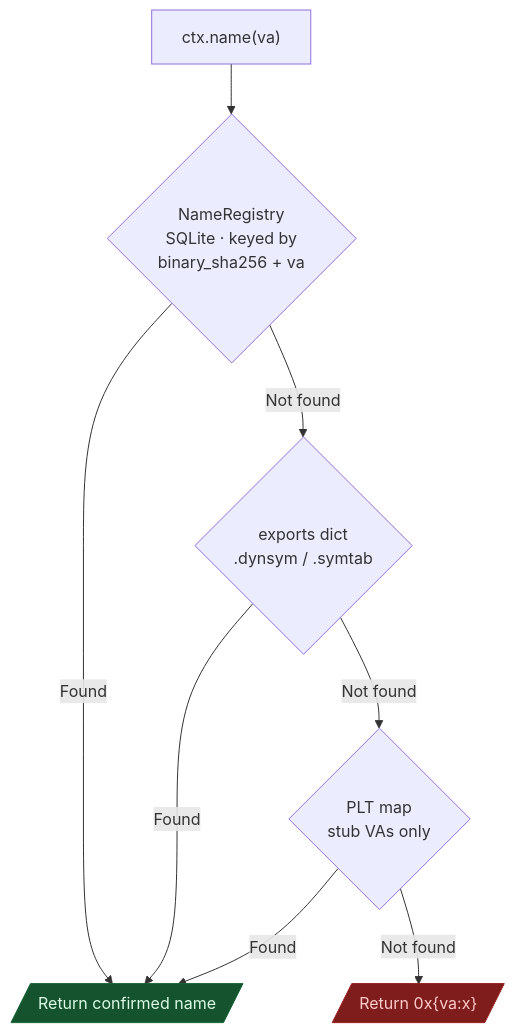
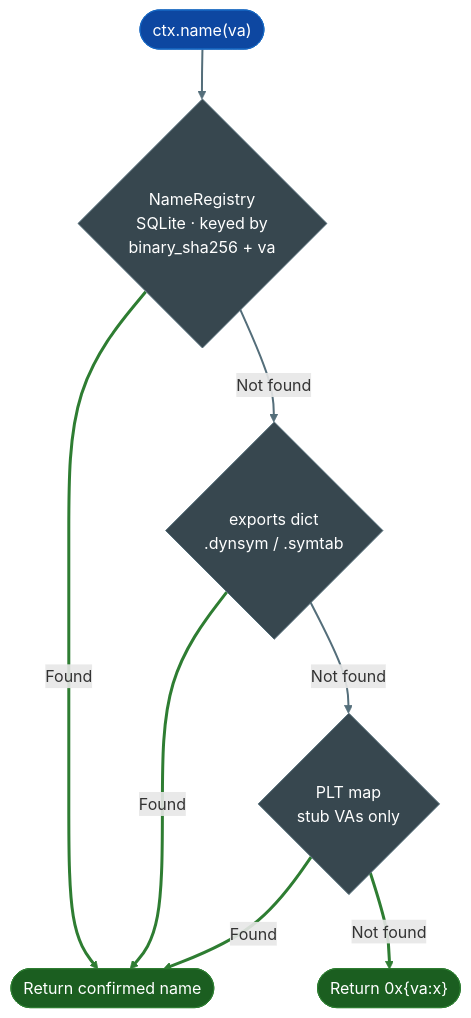
The fourth of 5 diagrams in docs/reference-modules/on-demand-analysis.md (Ablation-Tool/ablation), drawn with Mermaid before and after one commit. The commit also changed other lines of this file and 320 other files, not shown here.

First line of the commit message:
docs: apply canonical Mermaid template to all 321 diagrams

````diff
--- a/docs/reference-modules/on-demand-analysis.md
+++ b/docs/reference-modules/on-demand-analysis.md
@@ -249,13 +284,23 @@
 ```mermaid
 flowchart TD
-    A["ctx.name(va)"] --> B{"NameRegistry\nSQLite · keyed by\nbinary_sha256 + va"}
-    B -->|Found| Z[/"Return confirmed name"/]
-    B -->|"Not found"| C{"exports dict\n.dynsym / .symtab"}
-    C -->|Found| Z
-    C -->|"Not found"| D{"PLT map\nstub VAs only"}
-    D -->|Found| Z
-    D -->|"Not found"| E[/"Return 0x{va:x}"/]
-
-    style Z fill:#14532d,stroke:#166534,color:#dcfce7
-    style E fill:#7f1d1d,stroke:#991b1b,color:#fecaca
+    A(["ctx.name(va)"]):::input --> B{"NameRegistry\nSQLite · keyed by\nbinary_sha256 + va"}:::neutral
+    B:::neutral -->|Found| Z(["Return confirmed name"]):::output
+    B:::neutral -->|"Not found"| C{"exports dict\n.dynsym / .symtab"}:::neutral
+    C:::neutral -->|Found| Z:::output
+    C:::neutral -->|"Not found"| D{"PLT map\nstub VAs only"}:::neutral
+    D:::neutral -->|Found| Z:::output
+    D:::neutral -->|"Not found"| E(["Return 0x{va:x}"]):::output
+    classDef input     fill:#0d47a1,stroke:#1565c0,color:#fff
+    classDef primary   fill:#e65100,stroke:#bf360c,color:#fff
+    classDef secondary fill:#004d40,stroke:#00695c,color:#fff
+    classDef tertiary  fill:#4a148c,stroke:#6a1b9a,color:#fff
+    classDef neutral   fill:#37474f,stroke:#546e7a,color:#fff
+    classDef output    fill:#1b5e20,stroke:#2e7d32,color:#fff
+    linkStyle 0 stroke:#546e7a,stroke-width:2px
+    linkStyle 1 stroke:#2e7d32,stroke-width:3px
+    linkStyle 2 stroke:#546e7a,stroke-width:2px
+    linkStyle 3 stroke:#2e7d32,stroke-width:3px
+    linkStyle 4 stroke:#546e7a,stroke-width:2px
+    linkStyle 5 stroke:#2e7d32,stroke-width:3px
+    linkStyle 6 stroke:#2e7d32,stroke-width:3px
 ```
````
